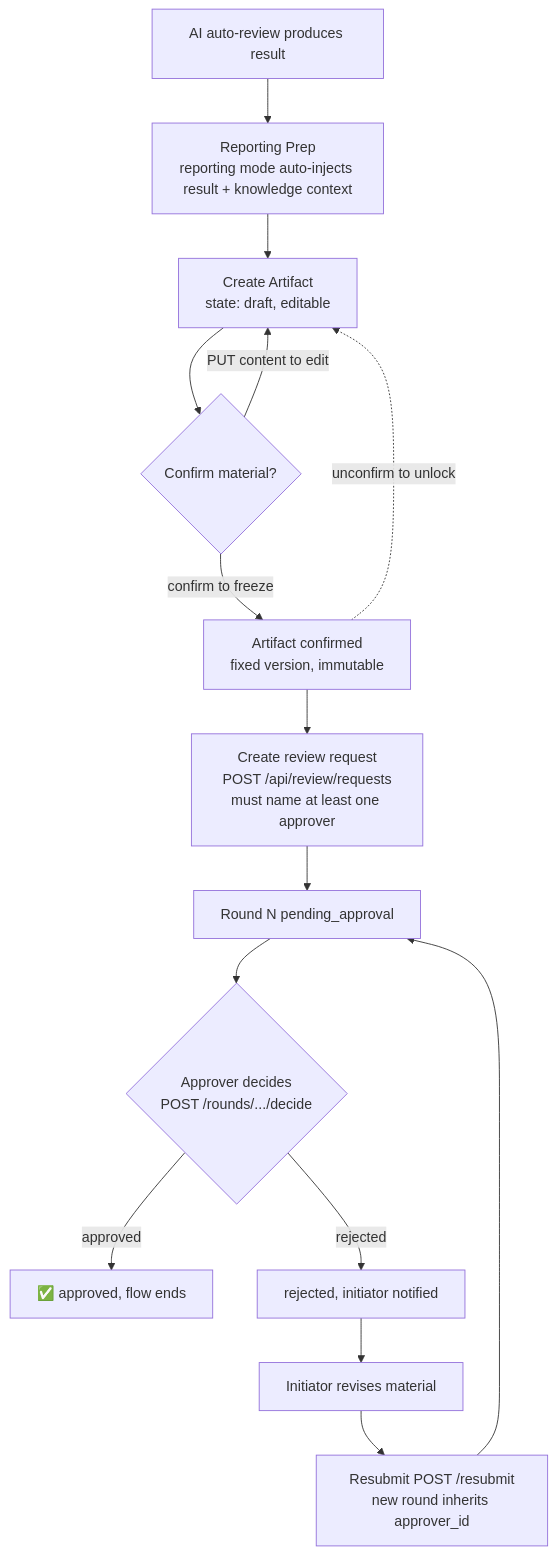
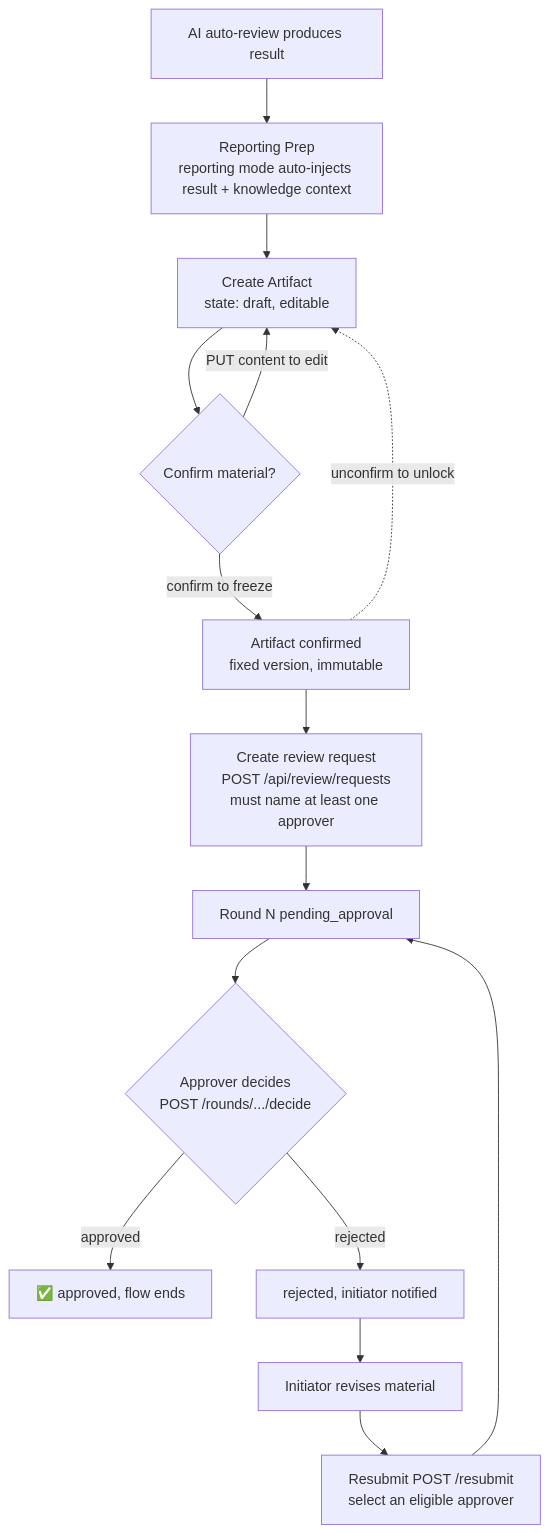
Before and after one commit to wangminle/prd-draft-review-workflow-v1: the third of 4 diagrams in docs/collaboration-review.md, drawn with Mermaid. The commit also changed other lines of this file and 88 other files, not shown here.

````diff
--- a/docs/collaboration-review.md
+++ b/docs/collaboration-review.md
@@ -309,17 +314,17 @@
 ```mermaid
 flowchart TD
     A[AI auto-review produces result] --> B[Reporting Prep<br/>reporting mode auto-injects result + knowledge context]
     B --> C[Create Artifact<br/>state: draft, editable]
     C --> D{Confirm material?}
     D -- PUT content to edit --> C
     D -- confirm to freeze --> E[Artifact confirmed<br/>fixed version, immutable]
     E --> F[Create review request<br/>POST /api/review/requests<br/>must name at least one approver]
     F --> G[Round N pending_approval]
     G --> H{Approver decides<br/>POST /rounds/.../decide}
     H -- approved --> I[✅ approved, flow ends]
     H -- rejected --> J[rejected, initiator notified]
     J --> K[Initiator revises material]
-    K --> L[Resubmit POST /resubmit<br/>new round inherits approver_id]
+    K --> L[Resubmit POST /resubmit<br/>select an eligible approver]
     L --> G
     E -. unconfirm to unlock .-> C
 ```
````
